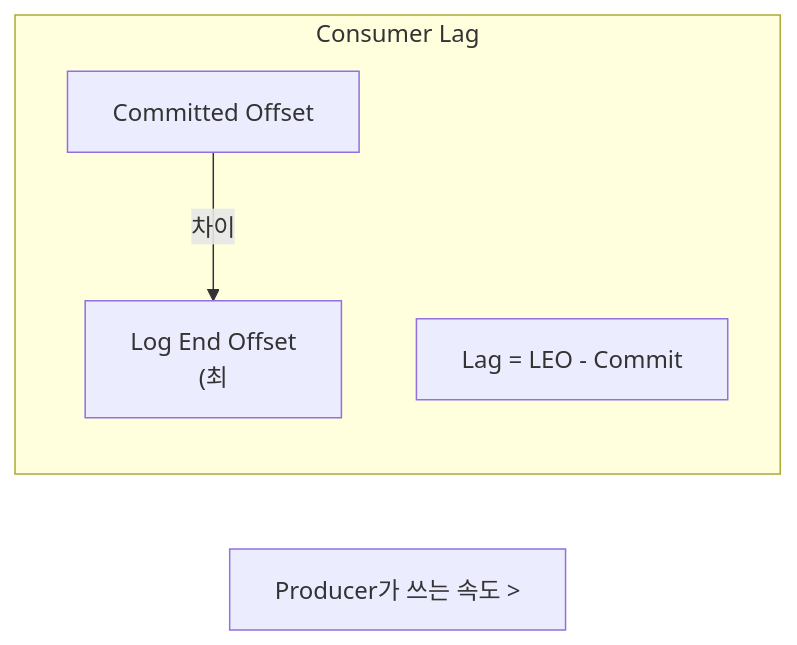
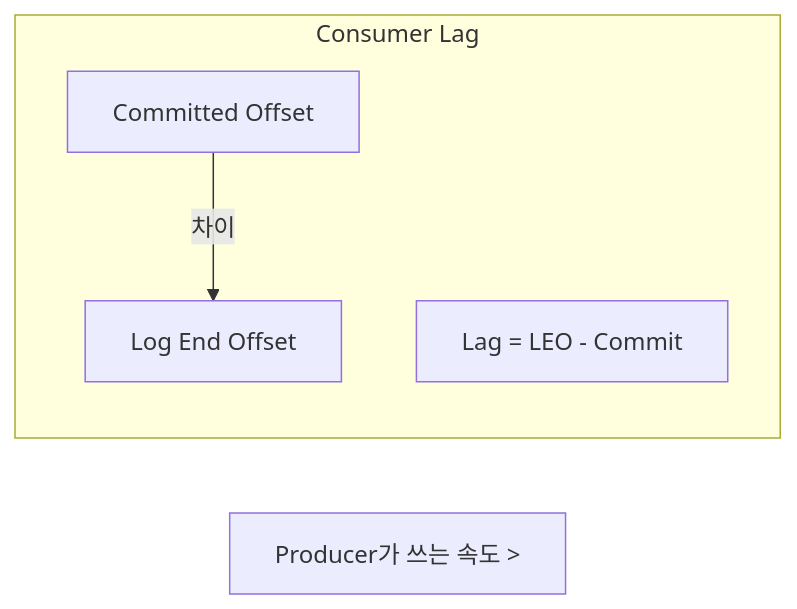
One commit to yjkim2015/yjkim2015.github.io changed diagram 13 of 21 in _posts/kafka/2026-05-01-kafka-extreme-scenarios.md. Above: the diagram before and after it, drawn with Mermaid. The commit also changed other lines of this file and 217 other files, not shown here.

First line of the commit message:
Mermaid 크기 수정: useMaxWidth:true + SVG max-width:100% + 라벨 축소

````diff
--- a/_posts/kafka/2026-05-01-kafka-extreme-scenarios.md
+++ b/_posts/kafka/2026-05-01-kafka-extreme-scenarios.md
@@ -425,10 +425,10 @@
 ```mermaid
 graph LR
     subgraph lag["Consumer Lag"]
-        LEO["Log End Offset\n(최"]
-        CO["Committed Offset\n"]
+        LEO["Log End Offset"]
+        CO["Committed Offset"]
         LAG["Lag = LEO - Commit"]
         CO -->|차이| LEO
     end
     NOTE["Producer가 쓰는 속도 >"]
 ```
````
